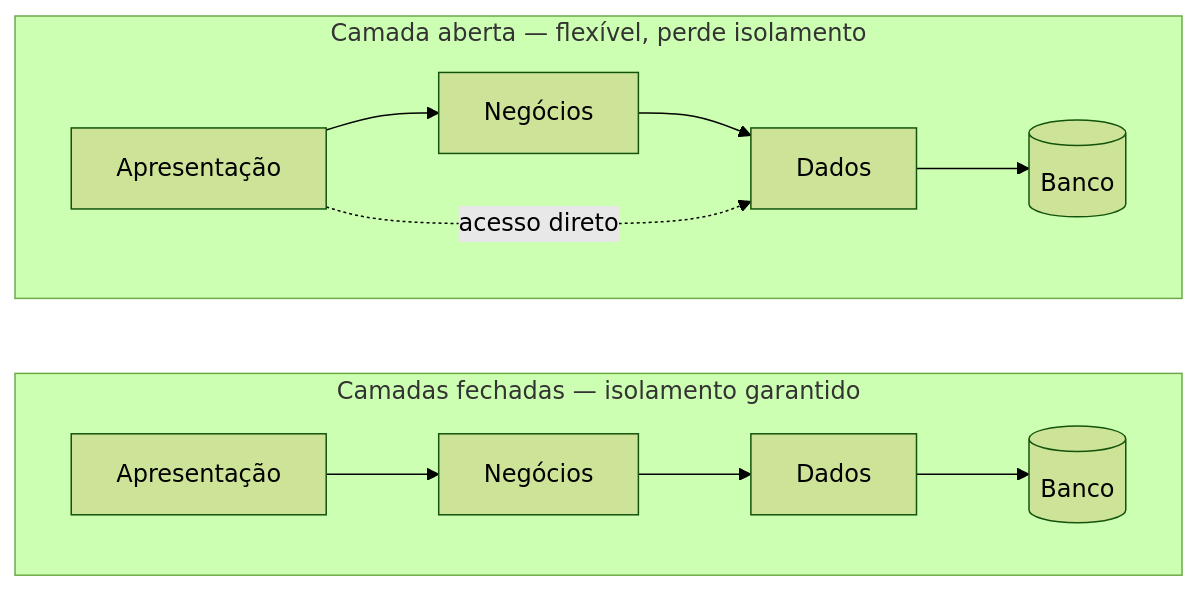
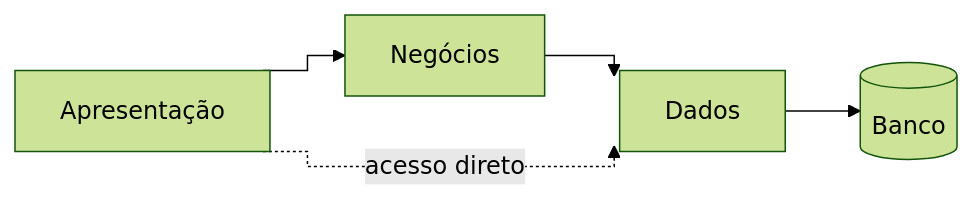
Before and after one commit to marco-mendes/arquitetura-software: the third of 16 diagrams in docs/modulo-1-visao-geral/padroes-e-decisoes.md, drawn with Mermaid (forest theme). The commit also changed other lines of this file and 3 other files, not shown here.

First line of the commit message:
docs: adiciona monólito modular, aplica estilo Manhattan e elimina diagramas lado a lado

````diff
--- a/docs/modulo-1-visao-geral/padroes-e-decisoes.md
+++ b/docs/modulo-1-visao-geral/padroes-e-decisoes.md
@@ -39,13 +53,6 @@
 ```mermaid
+%%{init: {"flowchart": {"curve": "stepAfter"}}}%%
 flowchart LR
-    subgraph fechada["Camadas fechadas — isolamento garantido"]
-        direction LR
-        A1["Apresentação"] --> B1["Negócios"] --> C1["Dados"] --> D1[("Banco")]
-    end
-
-    subgraph aberta["Camada aberta — flexível, perde isolamento"]
-        direction LR
-        A2["Apresentação"] --> B2["Negócios"] --> C2["Dados"] --> D2[("Banco")]
-        A2 -. "acesso direto" .-> C2
-    end
+    A2["Apresentação"] --> B2["Negócios"] --> C2["Dados"] --> D2[("Banco")]
+    A2 -. "acesso direto" .-> C2
 ```
````
